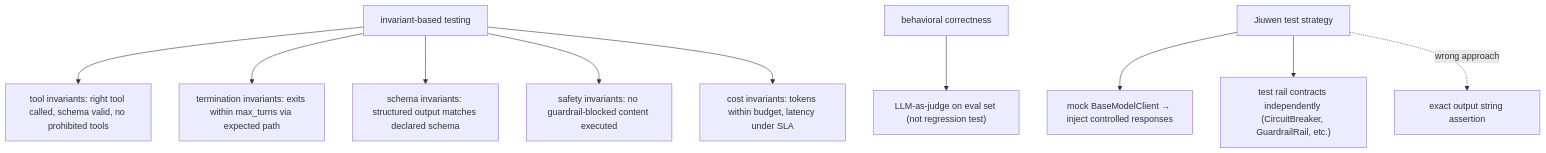
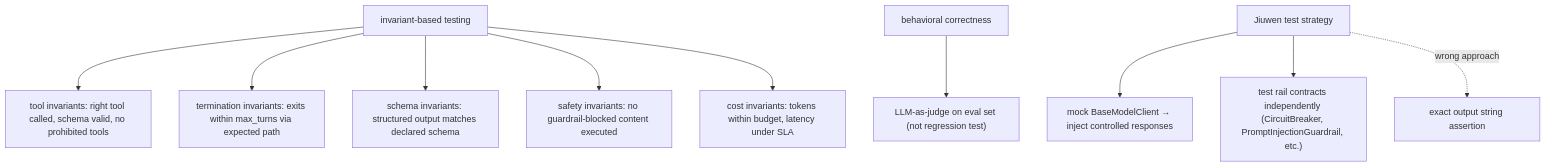
One commit to michaelatamuk/openjiuwen-knowledge changed diagram 26 of 26 in content/topics/15-evaluation.md. Above: the diagram before and after it, drawn with Mermaid. The commit also changed other lines of this file and 7 other files, not shown here.

````diff
--- a/content/topics/15-evaluation.md
+++ b/content/topics/15-evaluation.md
@@ -694,12 +694,12 @@
 ```mermaid
 flowchart TD
     INVAR["invariant-based testing"] --> TOOL_I["tool invariants: right tool called, schema valid, no prohibited tools"]
     INVAR --> TERM_I["termination invariants: exits within max_turns via expected path"]
     INVAR --> SCHEMA_I["schema invariants: structured output matches declared schema"]
     INVAR --> SAFE_I["safety invariants: no guardrail-blocked content executed"]
     INVAR --> COST_I["cost invariants: tokens within budget, latency under SLA"]
     BEHAV["behavioral correctness"] --> JUDGE["LLM-as-judge on eval set (not regression test)"]
     JIW_T["Jiuwen test strategy"] --> MOCK["mock BaseModelClient → inject controlled responses"]
-    JIW_T --> RAILS["test rail contracts independently (CircuitBreaker, GuardrailRail, etc.)"]
+    JIW_T --> RAILS["test rail contracts independently (CircuitBreaker, PromptInjectionGuardrail, etc.)"]
     JIW_T -.->|"wrong approach"| EXACT["exact output string assertion"]
 ```
````
